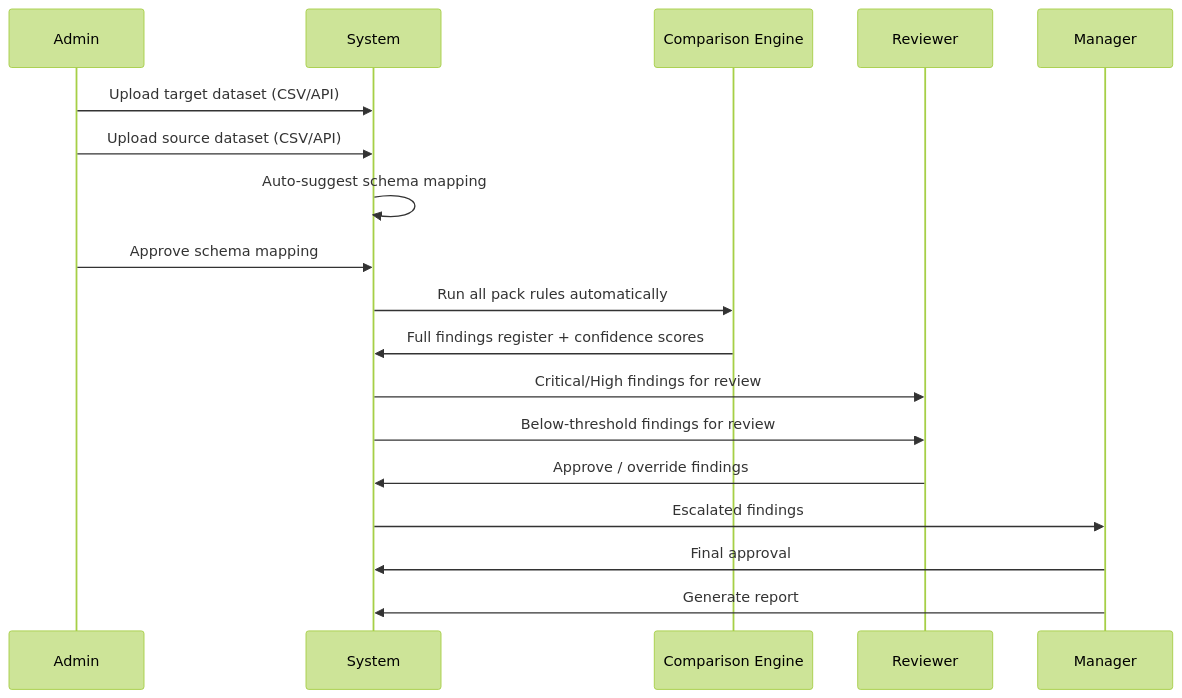
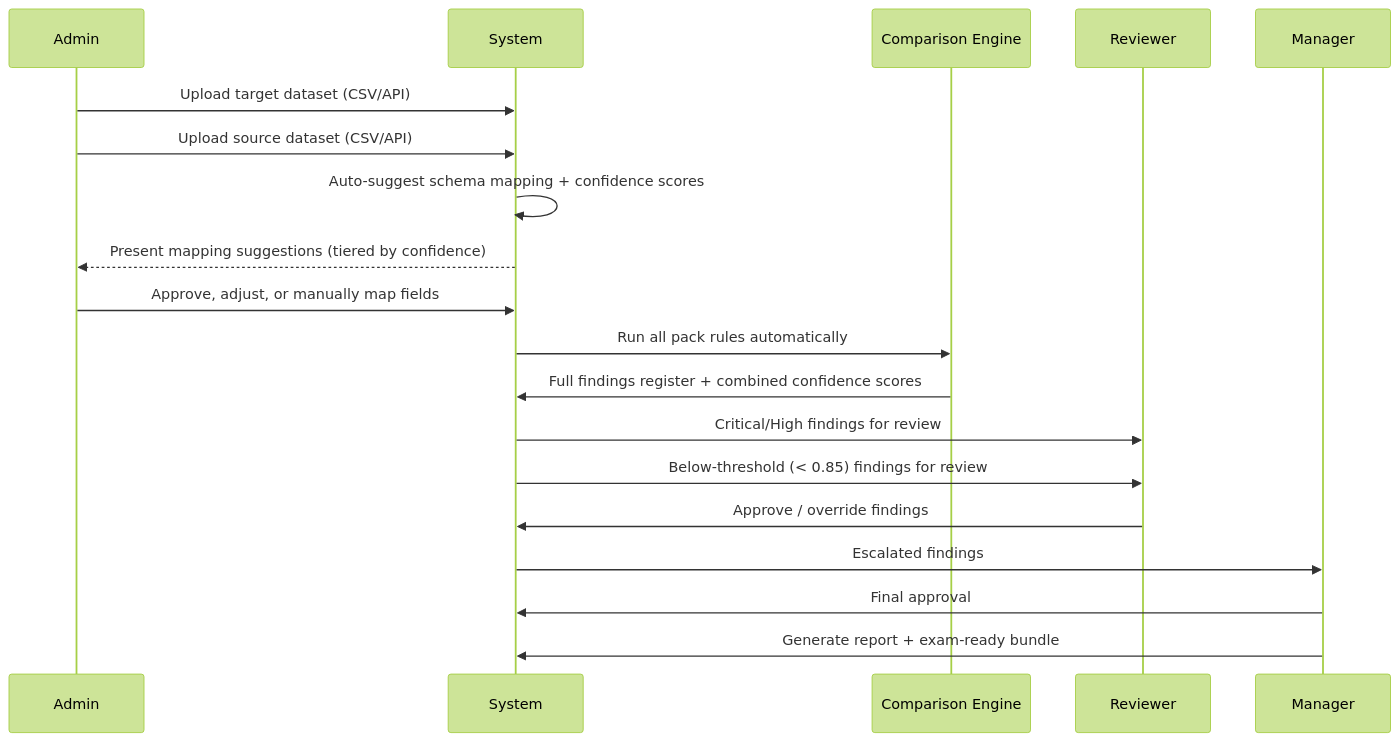
Before and after one commit to epieczko-re/audit-iq-docs: the fifth of 8 diagrams in src/docs/asciidoc/auditiq-product-architecture-delivery-plan/concept-of-operations/index.adoc, drawn with Mermaid (forest theme). The commit also changed other lines of this file and 1 other file, not shown here.

```diff
--- a/src/docs/asciidoc/auditiq-product-architecture-delivery-plan/concept-of-operations/index.adoc
+++ b/src/docs/asciidoc/auditiq-product-architecture-delivery-plan/concept-of-operations/index.adoc
@@ -194,22 +276,23 @@
 [mermaid]
 ----
 sequenceDiagram
   participant Admin
   participant System
   participant CompEngine as Comparison Engine
   participant Reviewer
   participant Manager
 
   Admin->>System: Upload target dataset (CSV/API)
   Admin->>System: Upload source dataset (CSV/API)
-  System->>System: Auto-suggest schema mapping
-  Admin->>System: Approve schema mapping
+  System->>System: Auto-suggest schema mapping + confidence scores
+  System-->>Admin: Present mapping suggestions (tiered by confidence)
+  Admin->>System: Approve, adjust, or manually map fields
   System->>CompEngine: Run all pack rules automatically
-  CompEngine->>System: Full findings register + confidence scores
+  CompEngine->>System: Full findings register + combined confidence scores
   System->>Reviewer: Critical/High findings for review
-  System->>Reviewer: Below-threshold findings for review
+  System->>Reviewer: Below-threshold (< 0.85) findings for review
   Reviewer->>System: Approve / override findings
   System->>Manager: Escalated findings
   Manager->>System: Final approval
-  Manager->>System: Generate report
+  Manager->>System: Generate report + exam-ready bundle
 ----
```
